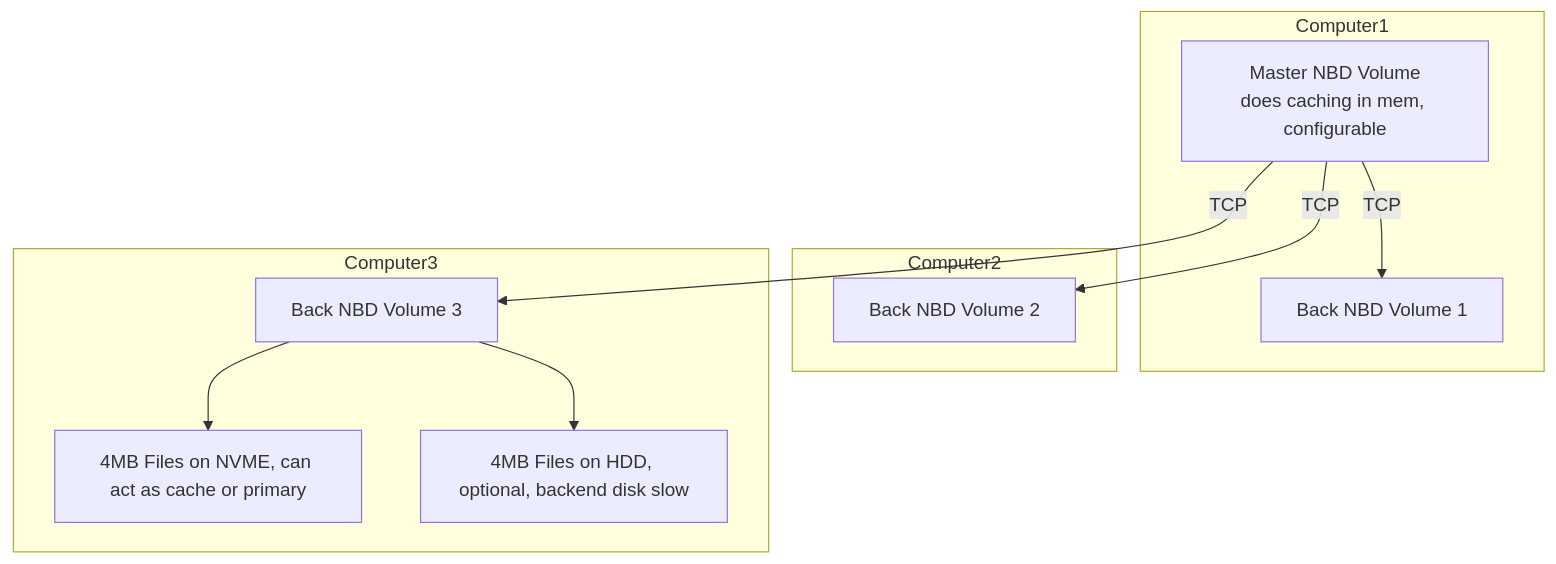
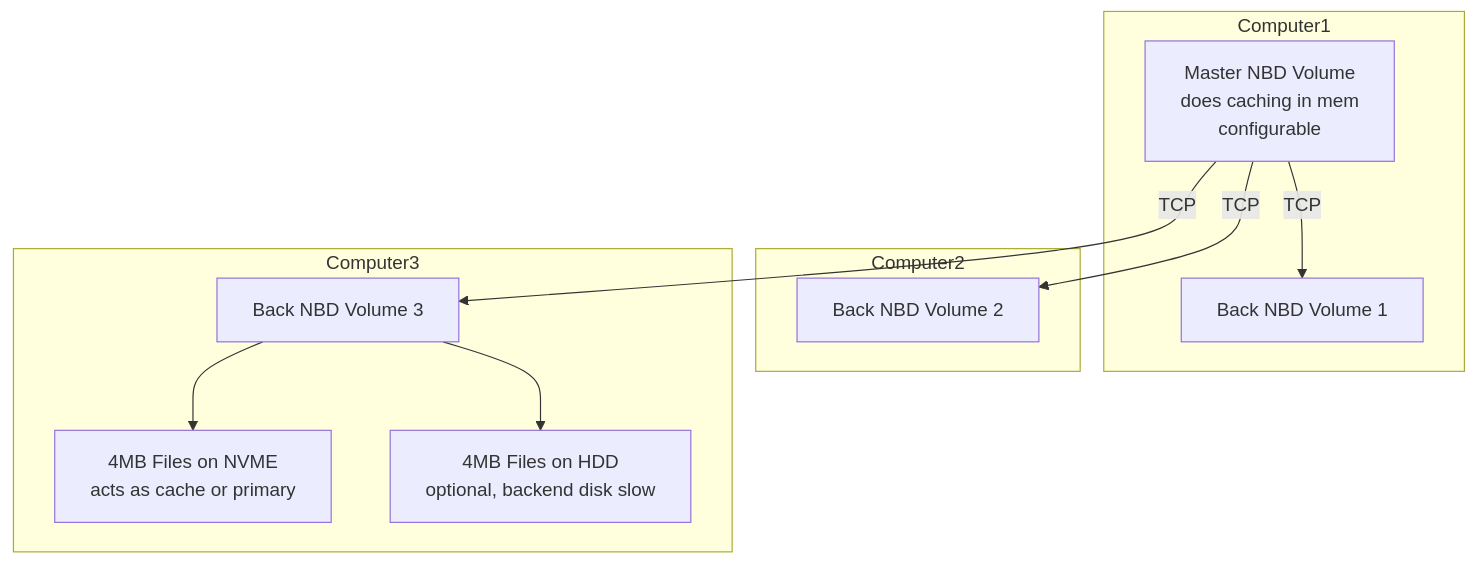
Before and after one commit to muhamadazmy/qbd: the first of 2 diagrams in docs/v1_ideas.md, drawn with Mermaid. The commit also changed other lines of this file and 3 other files, not shown here.

````diff
--- a/docs/v1_ideas.md
+++ b/docs/v1_ideas.md
@@ -13,26 +15,26 @@
 ```mermaid
 flowchart TB
     %% Subgraph for Computer 1
     subgraph Computer1
-        C1MasterNBD[Master NBD Volume<br>does caching in mem, configurable]
+        C1MasterNBD[Master NBD Volume<br>does caching in mem<br> configurable]
         C1SlaveNBD[Back NBD Volume 1]
     end
 
     %% Subgraph for Computer 2
     subgraph Computer2
         C2SlaveNBD1[Back NBD Volume 2]
     
     end
 
     %% Subgraph for Computer 3
     subgraph Computer3
         C3SlaveNBD[Back NBD Volume 3]
-        C3SlaveNBD --> SSD1[4MB Files on NVME, can act as cache or primary]
-        C3SlaveNBD --> HDD1[4MB Files on HDD, optional, backend disk slow]
+        C3SlaveNBD --> SSD1[4MB Files on NVME<br>acts as cache or primary]
+        C3SlaveNBD --> HDD1[4MB Files on HDD<br>optional, backend disk slow]
     end
 
     %% Connections between the master and slave NBDs
     C1MasterNBD -- TCP --> C1SlaveNBD
     C1MasterNBD -- TCP --> C2SlaveNBD1
     C1MasterNBD -- TCP --> C3SlaveNBD
 ```
````
